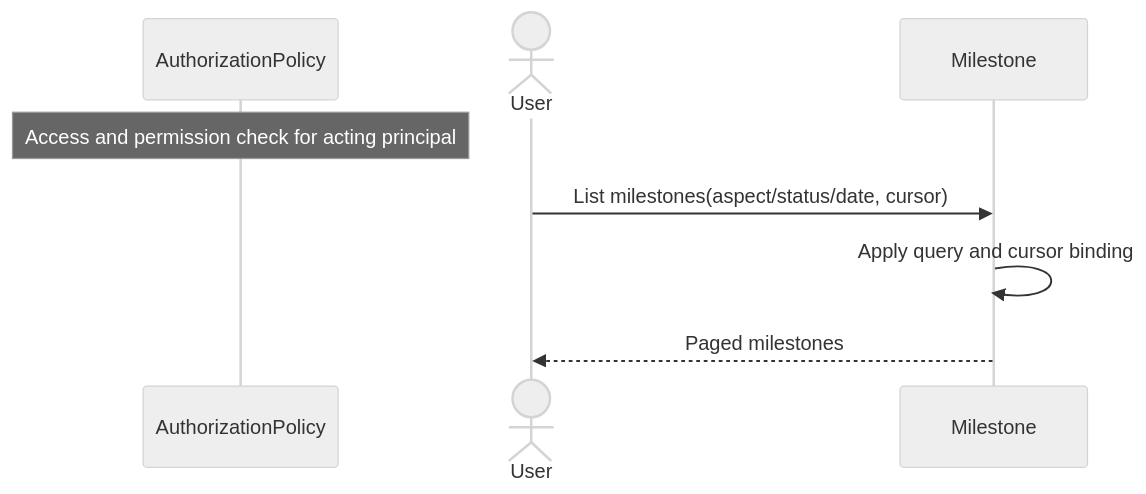
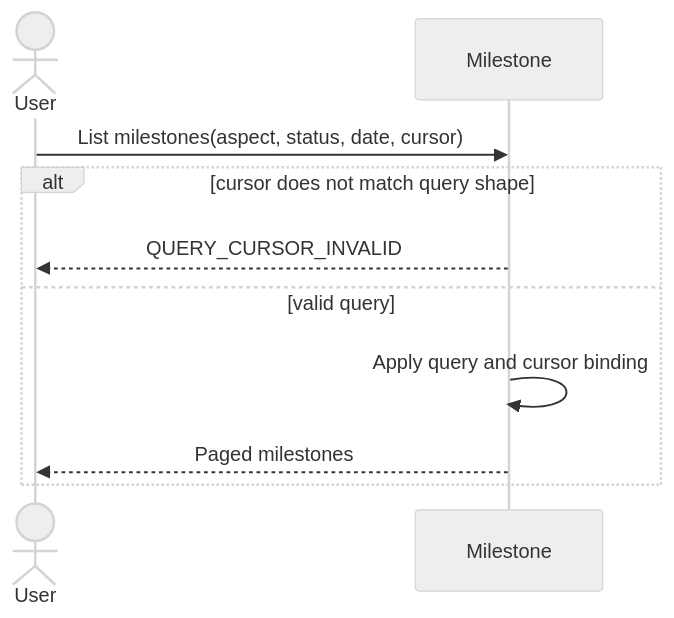
One commit to ChidiRnweke/margin changed diagram 13 of 13 in architecture/sequence-diagrams/02-aspects-milestones.md. Above: the diagram before and after it, drawn with Mermaid (neutral theme). The commit also changed other lines of this file and 12 other files, not shown here.

Commit message:
Enhance sequence diagrams and introduce traceability matrix

````diff
--- a/architecture/sequence-diagrams/02-aspects-milestones.md
+++ b/architecture/sequence-diagrams/02-aspects-milestones.md
@@ -198,10 +276,12 @@
 ```mermaid
 sequenceDiagram
-    participant G as AuthorizationPolicy
-    Note over G: Access and permission check for acting principal
     actor U as User
     participant M as Milestone
-    U->>M: List milestones(aspect/status/date, cursor)
-    M->>M: Apply query and cursor binding
-    M-->>U: Paged milestones
+    U->>M: List milestones(aspect, status, date, cursor)
+    alt cursor does not match query shape
+        M-->>U: QUERY_CURSOR_INVALID
+    else valid query
+        M->>M: Apply query and cursor binding
+        M-->>U: Paged milestones
+    end
 ```
````
